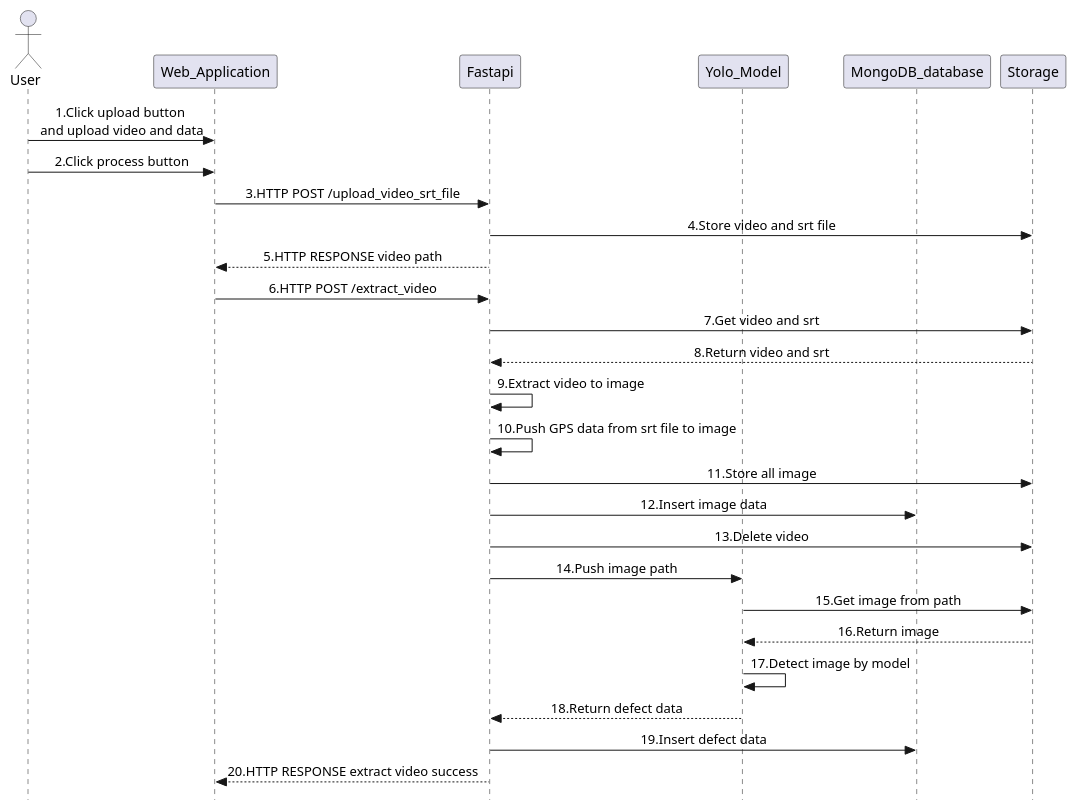
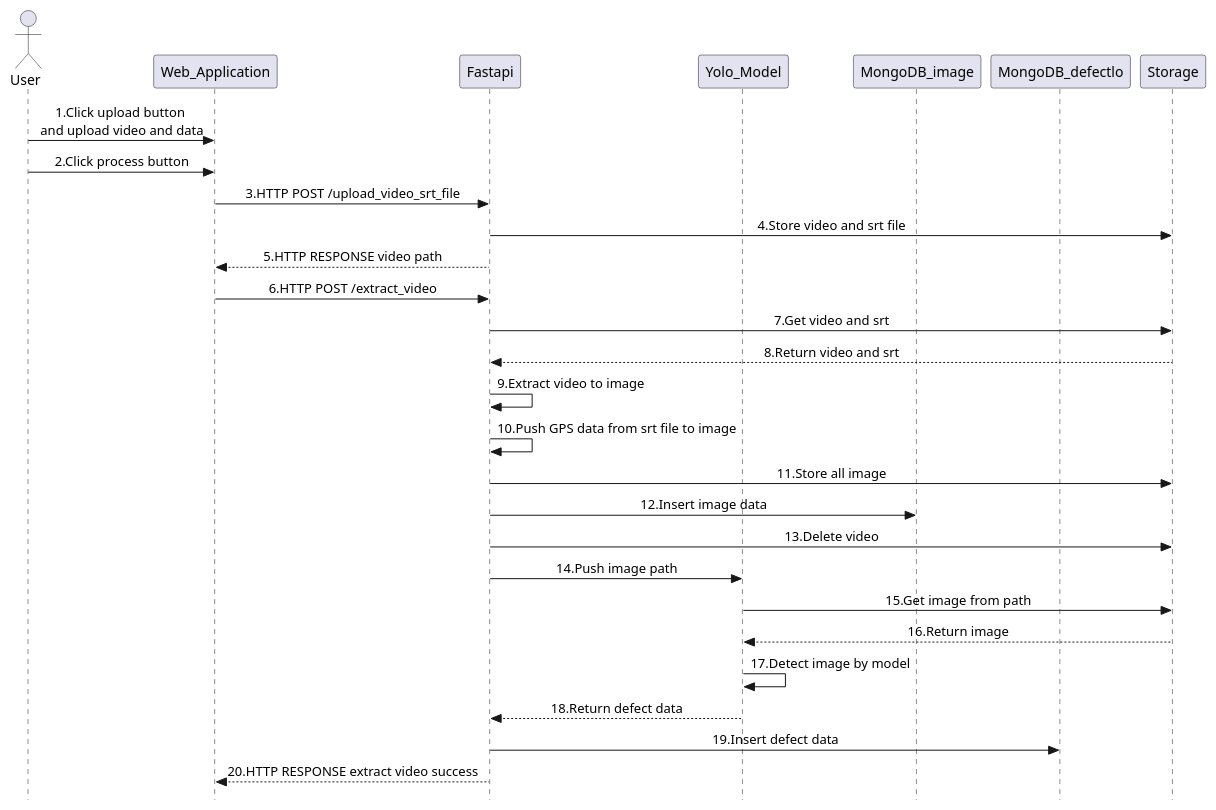
Before and after one commit to pasin2545/sequence-diagram: the diagram in uploadVideo.plantuml, drawn with PlantUML. The commit also changed 19 other files, not shown here.

Commit message:
update DB in sequence diagram

```diff
--- a/uploadVideo.plantuml
+++ b/uploadVideo.plantuml
@@ -1,30 +1,31 @@
 @startuml Roof_Surface_addNewHistory
 skinparam Style strictuml
 skinparam SequenceMessageAlignment center
 actor User as user
 participant Web_Application as web_app
 participant Fastapi as fastapi
 participant Yolo_Model as yolo
-participant MongoDB_database as base
+participant MongoDB_image as image
+participant MongoDB_defectlo as defectlo
 participant Storage as storage
 user -> web_app :1.Click upload button \nand upload video and data
 user -> web_app :2.Click process button
 web_app -> fastapi : 3.HTTP POST /upload_video_srt_file
 fastapi -> storage : 4.Store video and srt file
 fastapi --> web_app :5.HTTP RESPONSE video path
 web_app -> fastapi :6.HTTP POST /extract_video
 fastapi -> storage :7.Get video and srt
 storage --> fastapi :8.Return video and srt
 fastapi -> fastapi : 9.Extract video to image
 fastapi -> fastapi : 10.Push GPS data from srt file to image
 fastapi -> storage : 11.Store all image
-fastapi -> base : 12.Insert image data
+fastapi -> image : 12.Insert image data
 fastapi -> storage : 13.Delete video
 fastapi -> yolo : 14.Push image path
 yolo -> storage : 15.Get image from path
 storage --> yolo : 16.Return image
 yolo -> yolo : 17.Detect image by model
 yolo --> fastapi : 18.Return defect data
-fastapi -> base : 19.Insert defect data
+fastapi -> defectlo : 19.Insert defect data
 fastapi --> web_app : 20.HTTP RESPONSE extract video success
 @enduml
```
